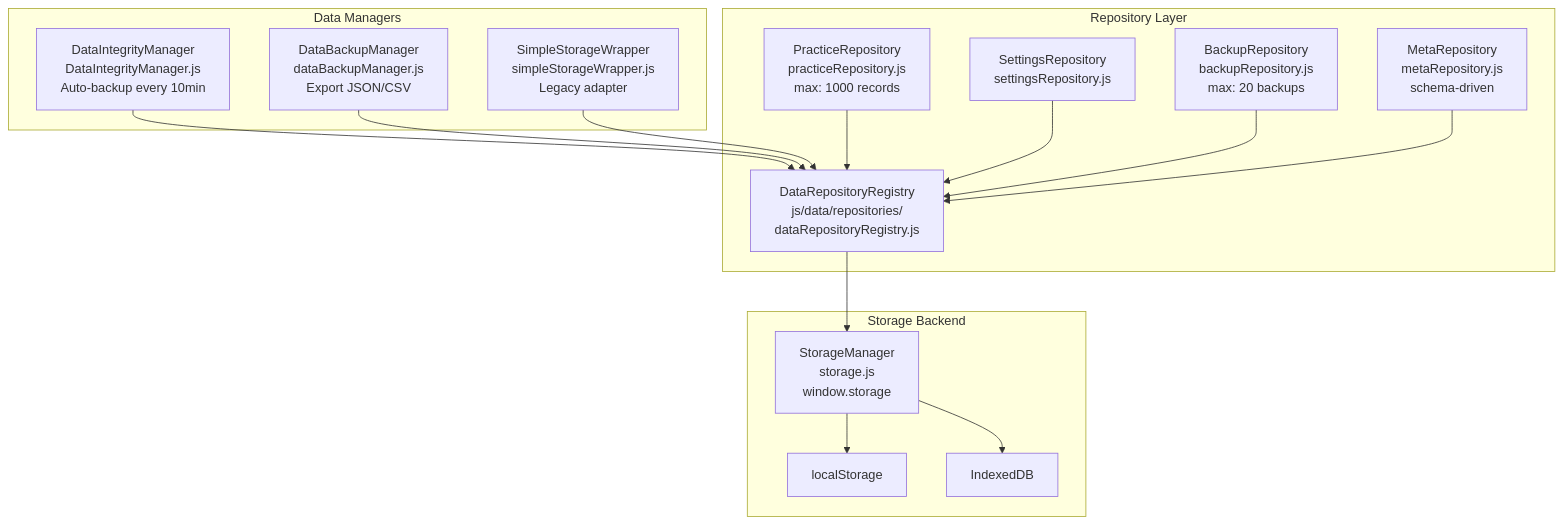
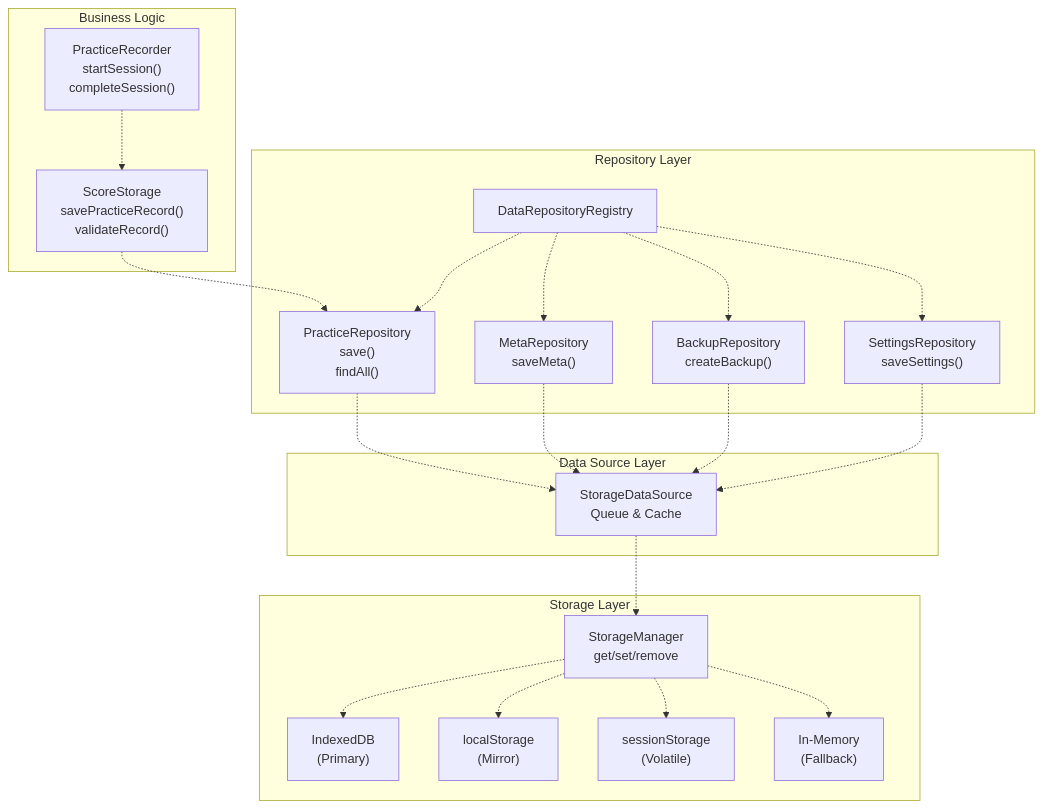
Before and after one commit to sallowayma-git/IELTS-practice: the fourth of 6 diagrams in developer/doc/Wiki/IELTS-Practice-System-Overview.md, drawn with Mermaid. The commit also changed other lines of this file and 84 other files, not shown here.

````diff
--- a/developer/doc/Wiki/IELTS-Practice-System-Overview.md
+++ b/developer/doc/Wiki/IELTS-Practice-System-Overview.md
@@ -383,46 +268,58 @@
 ```mermaid
 flowchart TD
 
-REG["DataRepositoryRegistry<br>js/data/repositories/<br>dataRepositoryRegistry.js"]
-PR4["PracticeRepository<br>practiceRepository.js<br>max: 1000 records"]
-SR["SettingsRepository<br>settingsRepository.js"]
-BR["BackupRepository<br>backupRepository.js<br>max: 20 backups"]
-MR["MetaRepository<br>metaRepository.js<br>schema-driven"]
-DIM4["DataIntegrityManager<br>DataIntegrityManager.js<br>Auto-backup every 10min"]
-DBM["DataBackupManager<br>dataBackupManager.js<br>Export JSON/CSV"]
-SSW["SimpleStorageWrapper<br>simpleStorageWrapper.js<br>Legacy adapter"]
-SM3["StorageManager<br>storage.js<br>window.storage"]
-LS3["localStorage"]
-IDB2["IndexedDB"]
+PracticeRecorder["PracticeRecorder<br>startSession()<br>completeSession()"]
+ScoreStorage["ScoreStorage<br>savePracticeRecord()<br>validateRecord()"]
+Registry["DataRepositoryRegistry"]
+PracticeRepo["PracticeRepository<br>save()<br>findAll()"]
+MetaRepo["MetaRepository<br>saveMeta()"]
+BackupRepo["BackupRepository<br>createBackup()"]
+SettingsRepo["SettingsRepository<br>saveSettings()"]
+StorageDS["StorageDataSource<br>Queue & Cache"]
+StorageManager["StorageManager<br>get/set/remove"]
+IDB["IndexedDB<br>(Primary)"]
+LS["localStorage<br>(Mirror)"]
+SS["sessionStorage<br>(Volatile)"]
+Memory["In-Memory<br>(Fallback)"]
 
-REG --> SM3
-DIM4 --> REG
-DBM --> REG
-SSW --> REG
+ScoreStorage -.-> PracticeRepo
+PracticeRepo -.-> StorageDS
+MetaRepo -.-> StorageDS
+BackupRepo -.-> StorageDS
+SettingsRepo -.-> StorageDS
+StorageDS -.-> StorageManager
 
-subgraph Storage ["Storage Backend"]
-    SM3
-    LS3
-    IDB2
-    SM3 --> LS3
-    SM3 --> IDB2
+subgraph Storage ["Storage Layer"]
+    StorageManager
+    IDB
+    LS
+    SS
+    Memory
+    StorageManager -.-> IDB
+    StorageManager -.-> LS
+    StorageManager -.-> SS
+    StorageManager -.-> Memory
 end
 
-subgraph DataManagers ["Data Managers"]
-    DIM4
-    DBM
-    SSW
+subgraph DataSource ["Data Source Layer"]
+    StorageDS
 end
 
-subgraph Repositories ["Repository Layer"]
-    REG
-    PR4
-    SR
-    BR
-    MR
-    PR4 --> REG
-    SR --> REG
-    BR --> REG
-    MR --> REG
+subgraph Repository ["Repository Layer"]
+    Registry
+    PracticeRepo
+    MetaRepo
+    BackupRepo
+    SettingsRepo
+    Registry -.-> PracticeRepo
+    Registry -.-> MetaRepo
+    Registry -.-> BackupRepo
+    Registry -.-> SettingsRepo
+end
+
+subgraph Business ["Business Logic"]
+    PracticeRecorder
+    ScoreStorage
+    PracticeRecorder -.-> ScoreStorage
 end
 ```
````
